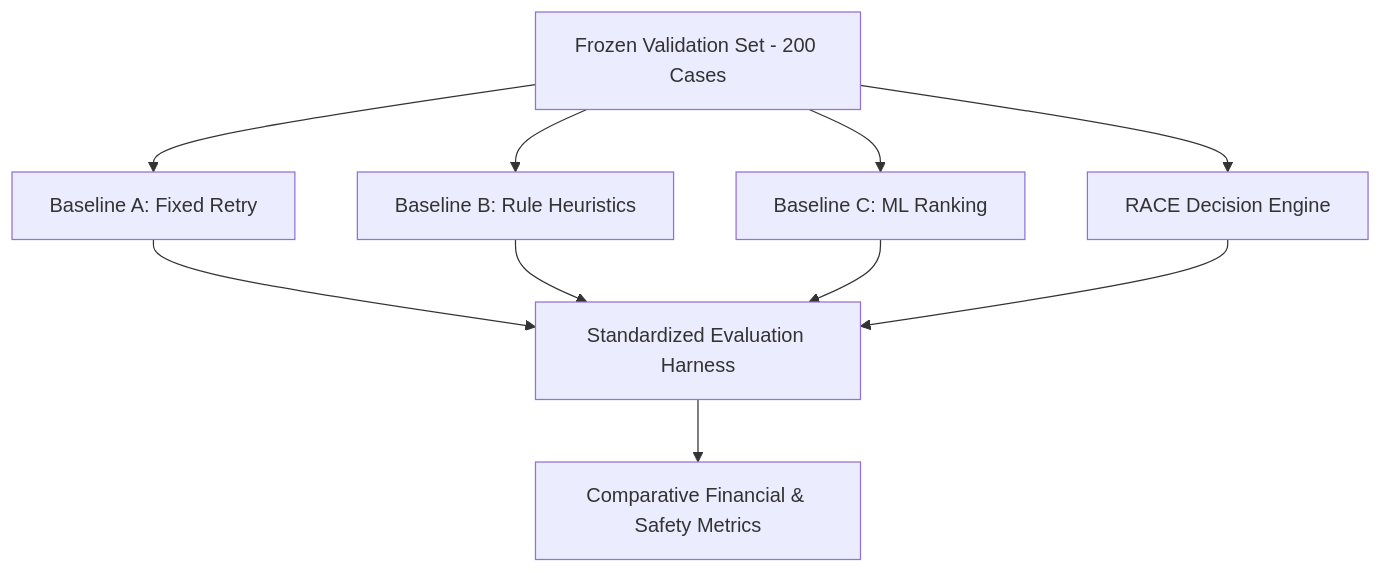
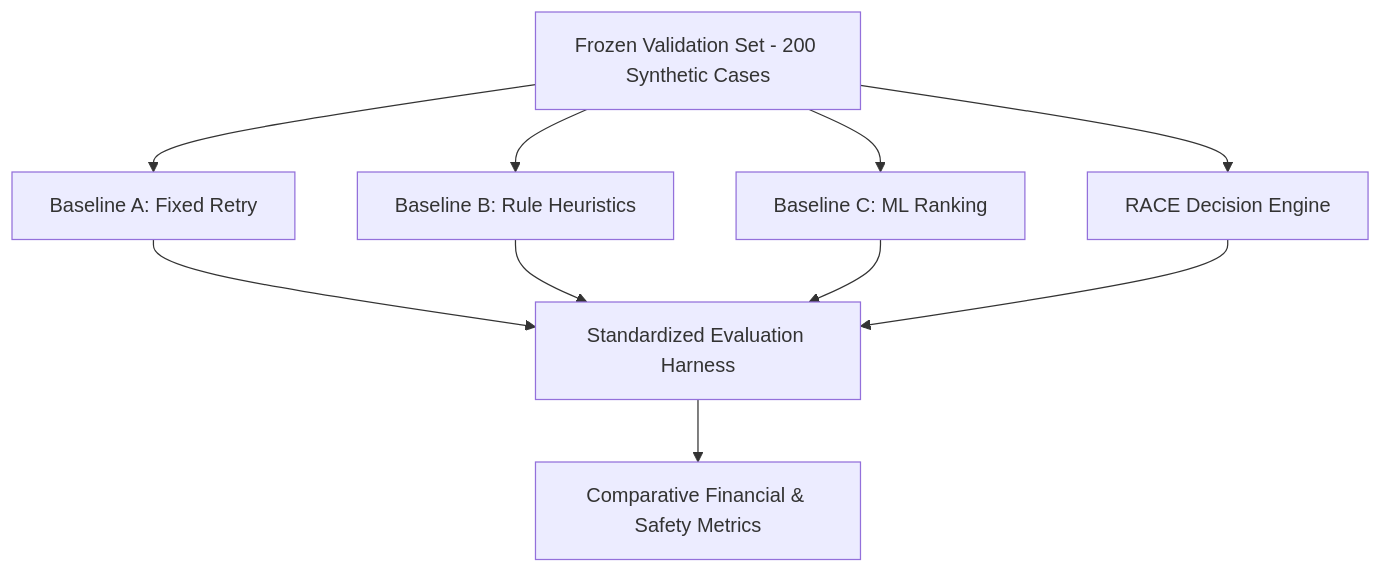
One commit to Vaibhav20k/RACE--Revenue-Adaptive-Control-Engine changed the diagram in docs/evaluation.md. Above: the diagram before and after it, drawn with Mermaid. The commit also changed other lines of this file, not shown here.

````diff
--- a/docs/evaluation.md
+++ b/docs/evaluation.md
@@ -11,14 +12,14 @@
 ```mermaid
 flowchart TD
-    DS[Frozen Validation Set - 200 Cases] --> BA[Baseline A: Fixed Retry]
+    DS[Frozen Validation Set - 200 Synthetic Cases] --> BA[Baseline A: Fixed Retry]
     DS --> BB[Baseline B: Rule Heuristics]
     DS --> BC[Baseline C: ML Ranking]
     DS --> RACE[RACE Decision Engine]
     
     BA --> EVAL[Standardized Evaluation Harness]
     BB --> EVAL
     BC --> EVAL
     RACE --> EVAL
     
     EVAL --> METRICS[Comparative Financial & Safety Metrics]
 ```
````
